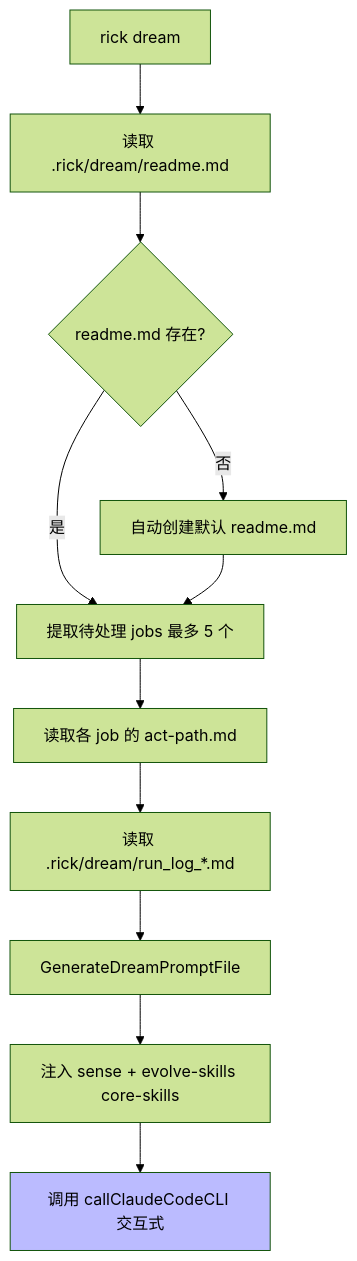
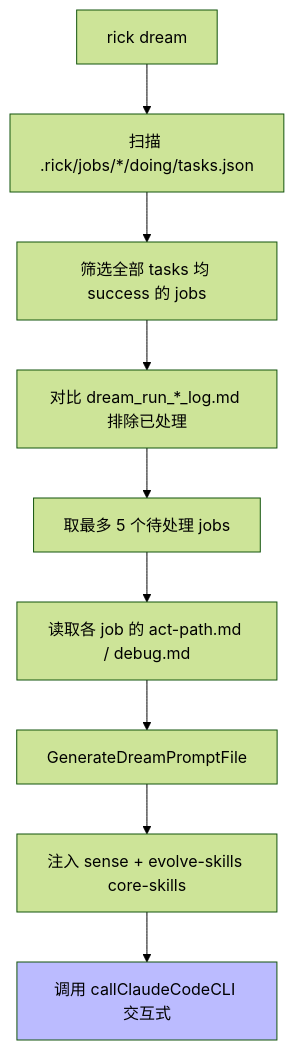
Before and after one commit to logic-math/rick: the diagram in .rick/wiki/dream_command.md, drawn with Mermaid (forest theme). The commit also changed other lines of this file and 62 other files, not shown here.

First line of the commit message:
fix(dream): fix stale "debug" skill reference in test, run dream for job_15

````diff
--- a/.rick/wiki/dream_command.md
+++ b/.rick/wiki/dream_command.md
@@ -9,15 +9,13 @@
 ```mermaid
 graph TD
-    A[rick dream] --> B[读取 .rick/dream/readme.md]
-    B --> C{readme.md 存在?}
-    C -->|否| D[自动创建默认 readme.md]
-    C -->|是| E[提取待处理 jobs 最多 5 个]
-    D --> E
-    E --> F[读取各 job 的 act-path.md]
-    F --> G[读取 .rick/dream/run_log_*.md]
-    G --> H[GenerateDreamPromptFile]
-    H --> I[注入 sense + evolve-skills core-skills]
-    I --> J[调用 callClaudeCodeCLI 交互式]
-    
-    style J fill:#bbf
+    A[rick dream] --> B[扫描 .rick/jobs/*/doing/tasks.json]
+    B --> C[筛选全部 tasks 均 success 的 jobs]
+    C --> D[对比 dream_run_*_log.md 排除已处理]
+    D --> E[取最多 5 个待处理 jobs]
+    E --> F[读取各 job 的 act-path.md / debug.md]
+    F --> G[GenerateDreamPromptFile]
+    G --> H[注入 sense + evolve-skills core-skills]
+    H --> I[调用 callClaudeCodeCLI 交互式]
+
+    style I fill:#bbf
 ```
````
